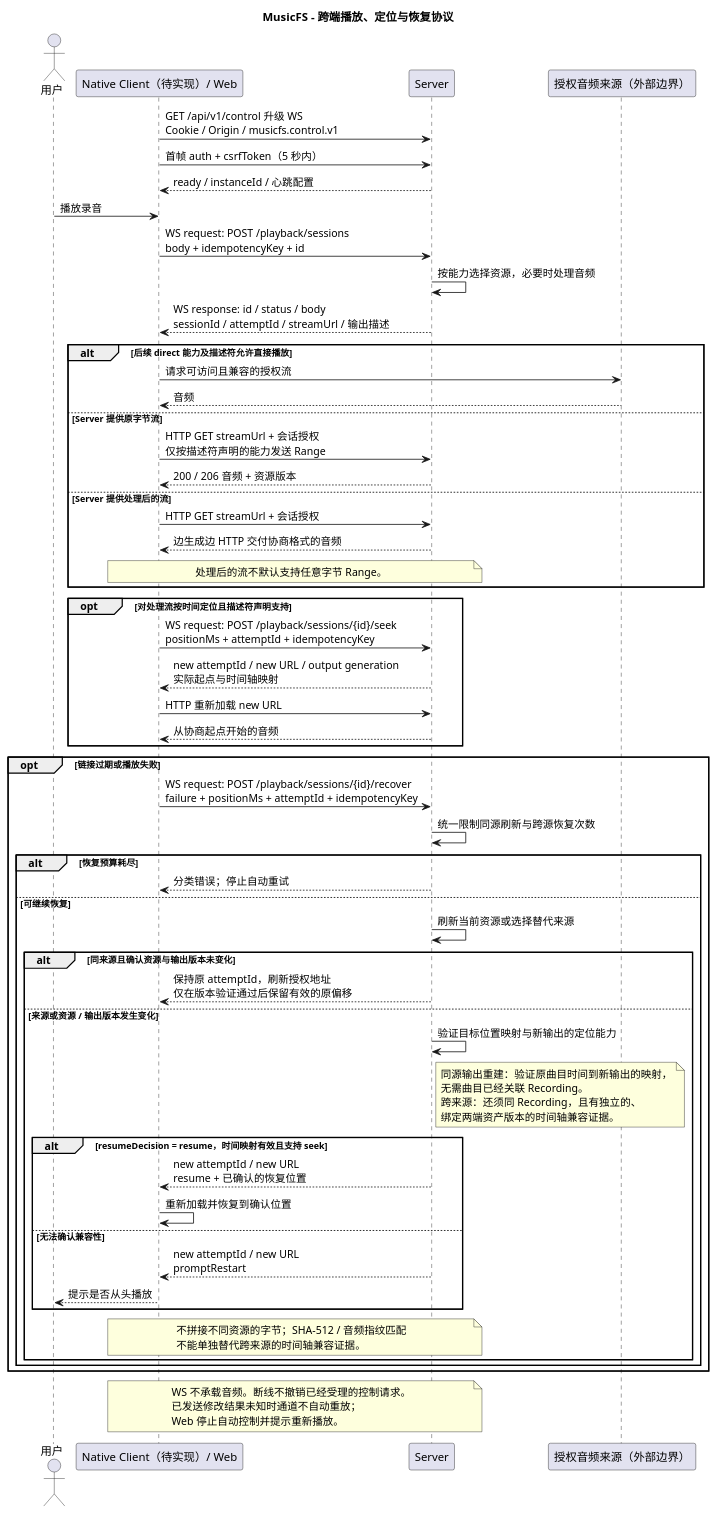
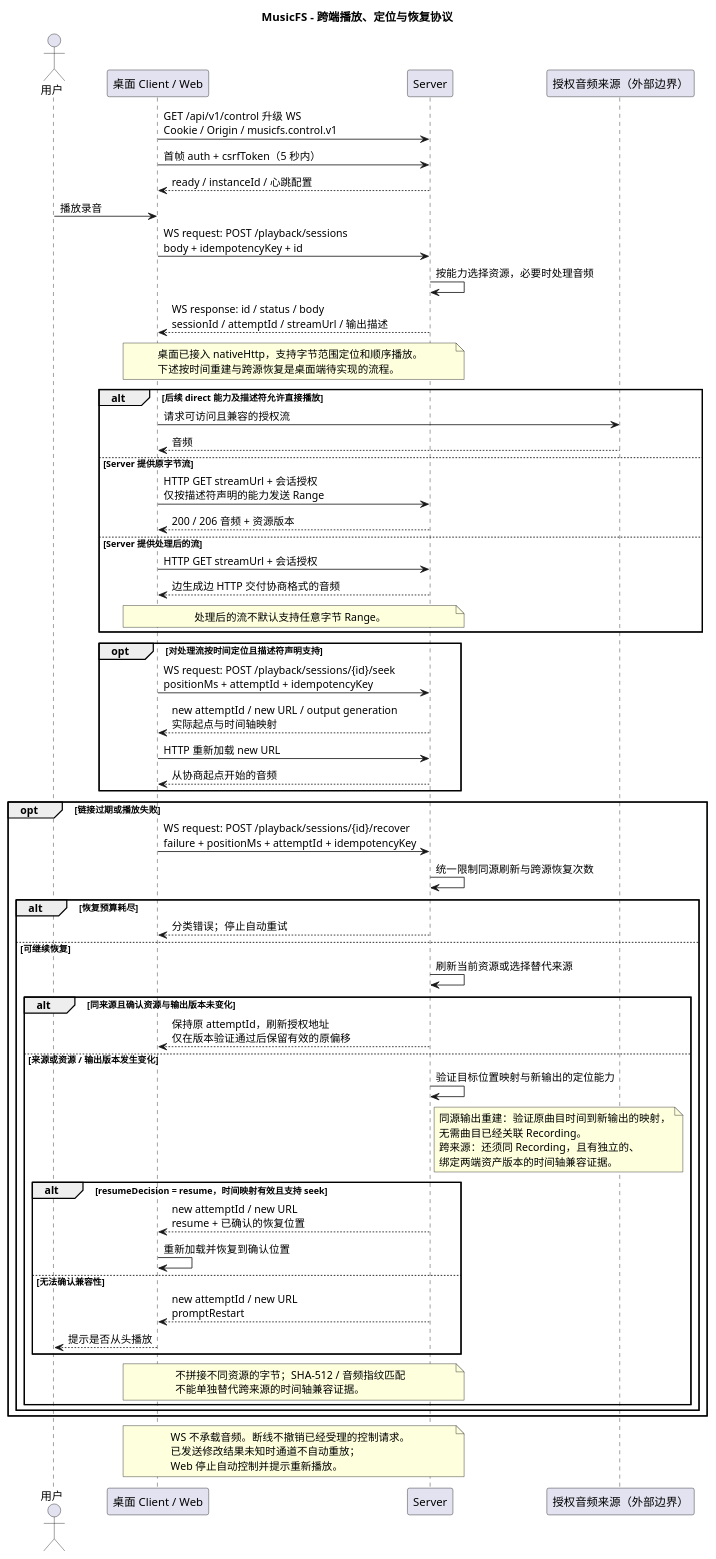
One commit to fnMrRice/MusicFS changed the diagram in docs/diagrams/playback.puml. Above: the diagram before and after it, drawn with PlantUML. The commit also changed 6 other files, not shown here.

Commit message:
docs(client): clarify native playback and planned plugin support

```diff
--- a/docs/diagrams/playback.puml
+++ b/docs/diagrams/playback.puml
@@ -1,73 +1,77 @@
 @startuml
 title MusicFS - 跨端播放、定位与恢复协议
 actor "用户" as User
-participant "Native Client（待实现）/ Web" as Client
+participant "桌面 Client / Web" as Client
 participant "Server" as Server
 participant "授权音频来源（外部边界）" as Source
 
 Client -> Server : GET /api/v1/control 升级 WS\nCookie / Origin / musicfs.control.v1
 Client -> Server : 首帧 auth + csrfToken（5 秒内）
 Server --> Client : ready / instanceId / 心跳配置
 User -> Client : 播放录音
 Client -> Server : WS request: POST /playback/sessions\nbody + idempotencyKey + id
 Server -> Server : 按能力选择资源，必要时处理音频
 Server --> Client : WS response: id / status / body\nsessionId / attemptId / streamUrl / 输出描述
+note over Client, Server
+  桌面已接入 nativeHttp，支持字节范围定位和顺序播放。
+  下述按时间重建与跨源恢复是桌面端待实现的流程。
+end note
 
 alt 后续 direct 能力及描述符允许直接播放
   Client -> Source : 请求可访问且兼容的授权流
   Source --> Client : 音频
 else Server 提供原字节流
   Client -> Server : HTTP GET streamUrl + 会话授权\n仅按描述符声明的能力发送 Range
   Server --> Client : 200 / 206 音频 + 资源版本
 else Server 提供处理后的流
   Client -> Server : HTTP GET streamUrl + 会话授权
   Server --> Client : 边生成边 HTTP 交付协商格式的音频
   note over Client, Server
     处理后的流不默认支持任意字节 Range。
   end note
 end
 
 opt 对处理流按时间定位且描述符声明支持
   Client -> Server : WS request: POST /playback/sessions/{id}/seek\npositionMs + attemptId + idempotencyKey
   Server --> Client : new attemptId / new URL / output generation\n实际起点与时间轴映射
   Client -> Server : HTTP 重新加载 new URL
   Server --> Client : 从协商起点开始的音频
 end
 
 opt 链接过期或播放失败
   Client -> Server : WS request: POST /playback/sessions/{id}/recover\nfailure + positionMs + attemptId + idempotencyKey
   Server -> Server : 统一限制同源刷新与跨源恢复次数
   alt 恢复预算耗尽
     Server --> Client : 分类错误；停止自动重试
   else 可继续恢复
     Server -> Server : 刷新当前资源或选择替代来源
     alt 同来源且确认资源与输出版本未变化
       Server --> Client : 保持原 attemptId，刷新授权地址\n仅在版本验证通过后保留有效的原偏移
     else 来源或资源 / 输出版本发生变化
       Server -> Server : 验证目标位置映射与新输出的定位能力
       note right of Server
         同源输出重建：验证原曲目时间到新输出的映射，
         无需曲目已经关联 Recording。
         跨来源：还须同 Recording，且有独立的、
         绑定两端资产版本的时间轴兼容证据。
       end note
       alt resumeDecision = resume，时间映射有效且支持 seek
         Server --> Client : new attemptId / new URL\nresume + 已确认的恢复位置
         Client -> Client : 重新加载并恢复到确认位置
       else 无法确认兼容性
         Server --> Client : new attemptId / new URL\npromptRestart
         Client --> User : 提示是否从头播放
       end
       note over Client, Server
         不拼接不同资源的字节；SHA-512 / 音频指纹匹配
         不能单独替代跨来源的时间轴兼容证据。
       end note
     end
   end
 end
 note over Client, Server
   WS 不承载音频。断线不撤销已经受理的控制请求。
   已发送修改结果未知时通道不自动重放；
   Web 停止自动控制并提示重新播放。
 end note
 @enduml
```
